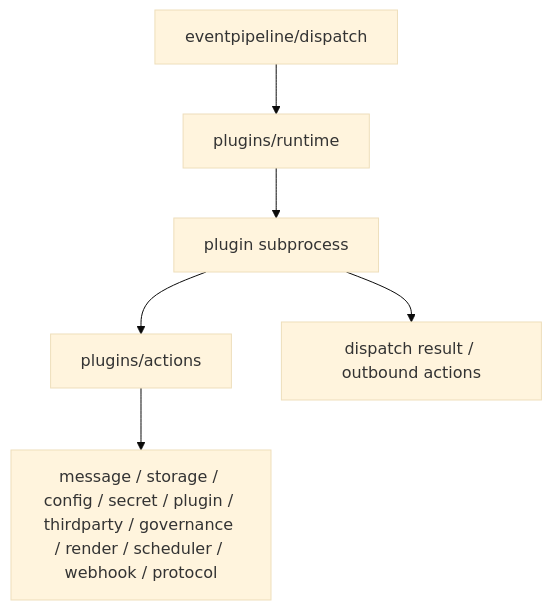
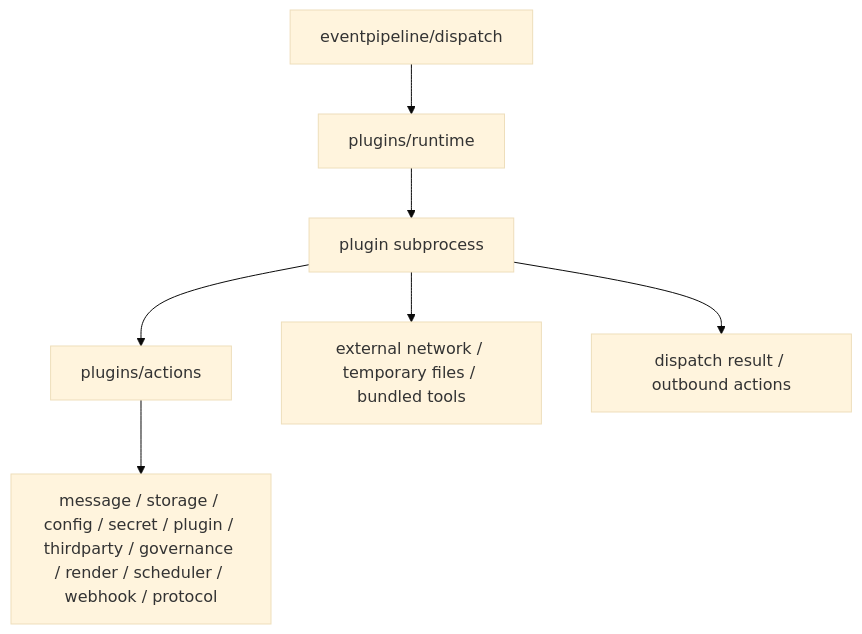
One commit to RayleaBot/RayleaBot changed the second of 2 diagrams in docs/architecture/plugin-runtime.md. Above: the diagram before and after it, drawn with Mermaid (base theme). The commit also changed other lines of this file and 6 other files, not shown here.

````diff
--- a/docs/architecture/plugin-runtime.md
+++ b/docs/architecture/plugin-runtime.md
@@ -31,8 +31,9 @@
 ```mermaid
 flowchart TD
   dispatcher["eventpipeline/dispatch"] --> runtime["plugins/runtime"]
   runtime --> plugin["plugin subprocess"]
   plugin --> localaction["plugins/actions"]
   localaction --> service["message / storage / config / secret / plugin / thirdparty / governance / render / scheduler / webhook / protocol"]
+  plugin --> ownwork["external network / temporary files / bundled tools"]
   plugin --> result["dispatch result / outbound actions"]
 ```
````
